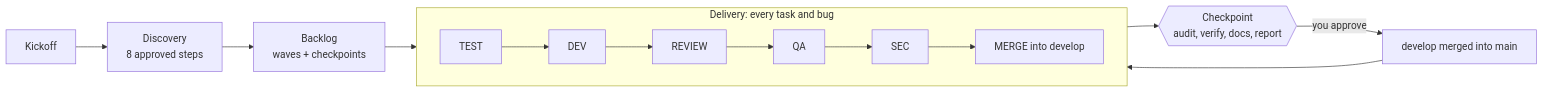
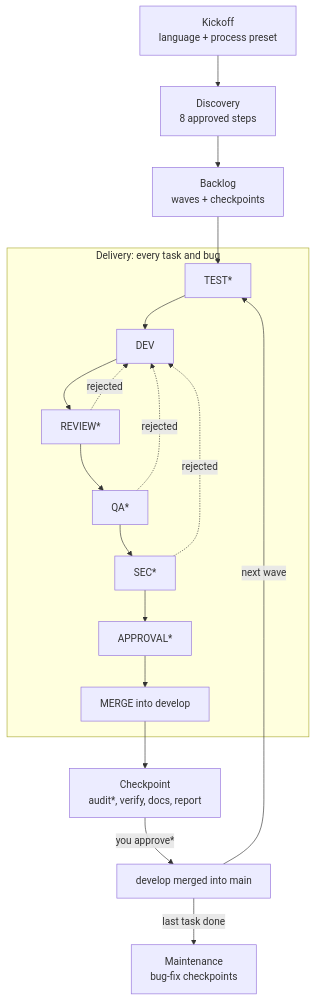
Before and after one commit to mavalu22/whole-team: the diagram in README.md, drawn with Mermaid. The commit also changed other lines of this file, not shown here.

Commit message:
fix: fixing whole-team workflow diagram

````diff
--- a/README.md
+++ b/README.md
@@ -32,13 +32,21 @@
 ```mermaid
-flowchart LR
-  K[Kickoff] --> D[Discovery<br/>8 approved steps]
-  D --> B[Backlog<br/>waves + checkpoints]
-  B --> P
-  subgraph P[Delivery: every task and bug]
-    direction LR
-    T[TEST] --> V[DEV] --> R[REVIEW] --> Q[QA] --> S[SEC] --> M[MERGE into develop]
+flowchart TD
+  K["Kickoff<br/>language + process preset"] --> D["Discovery<br/>8 approved steps"]
+  D --> B["Backlog<br/>waves + checkpoints"]
+  B --> T
+
+  subgraph P["Delivery: every task and bug"]
+    T["TEST*"] --> V["DEV"]
+    V --> R["REVIEW*"]
+    R --> Q["QA*"]
+    Q --> S["SEC*"]
+    S --> A["APPROVAL*"]
+    A --> M["MERGE into develop"]
+    R & Q & S -.->|rejected| V
   end
-  P --> C{{Checkpoint<br/>audit, verify, docs, report}}
-  C -->|you approve| MAIN[develop merged into main]
-  MAIN --> P
+
+  M --> C["Checkpoint<br/>audit*, verify, docs, report"]
+  C -->|"you approve*"| MAIN["develop merged into main"]
+  MAIN -->|next wave| T
+  MAIN -->|last task done| MT["Maintenance<br/>bug-fix checkpoints"]
 ```
````
